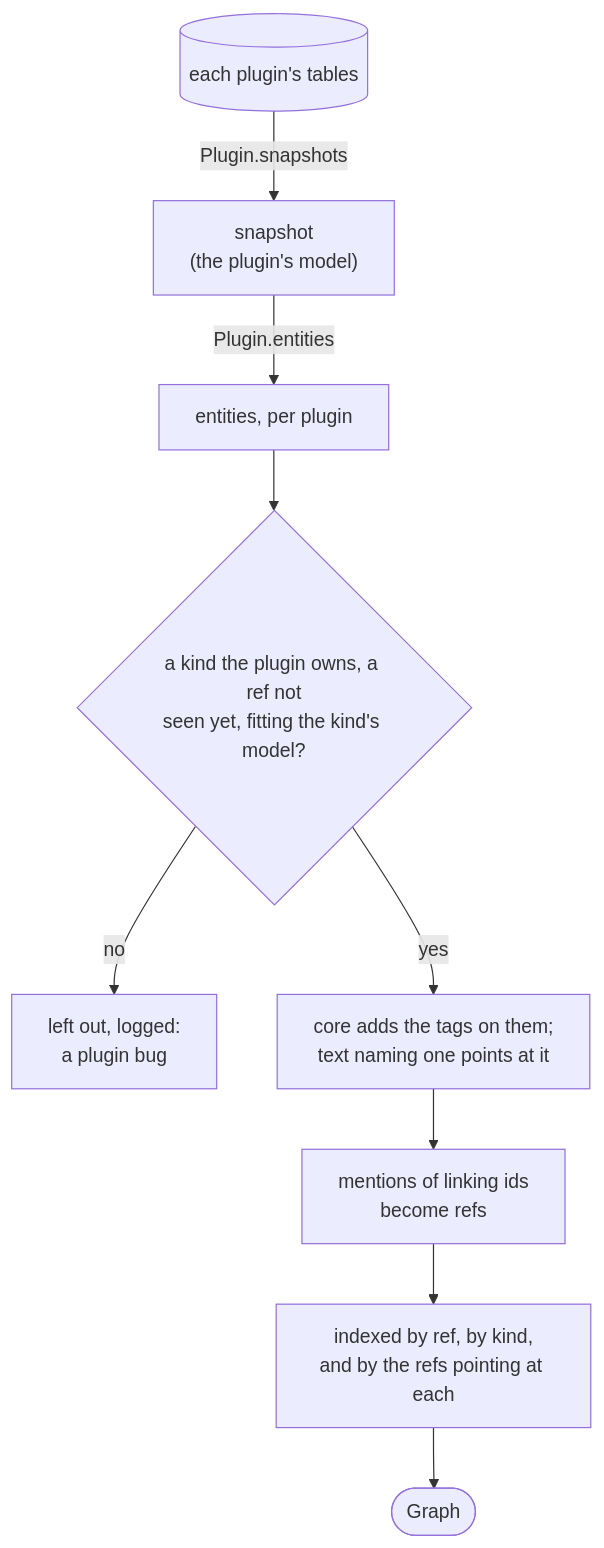
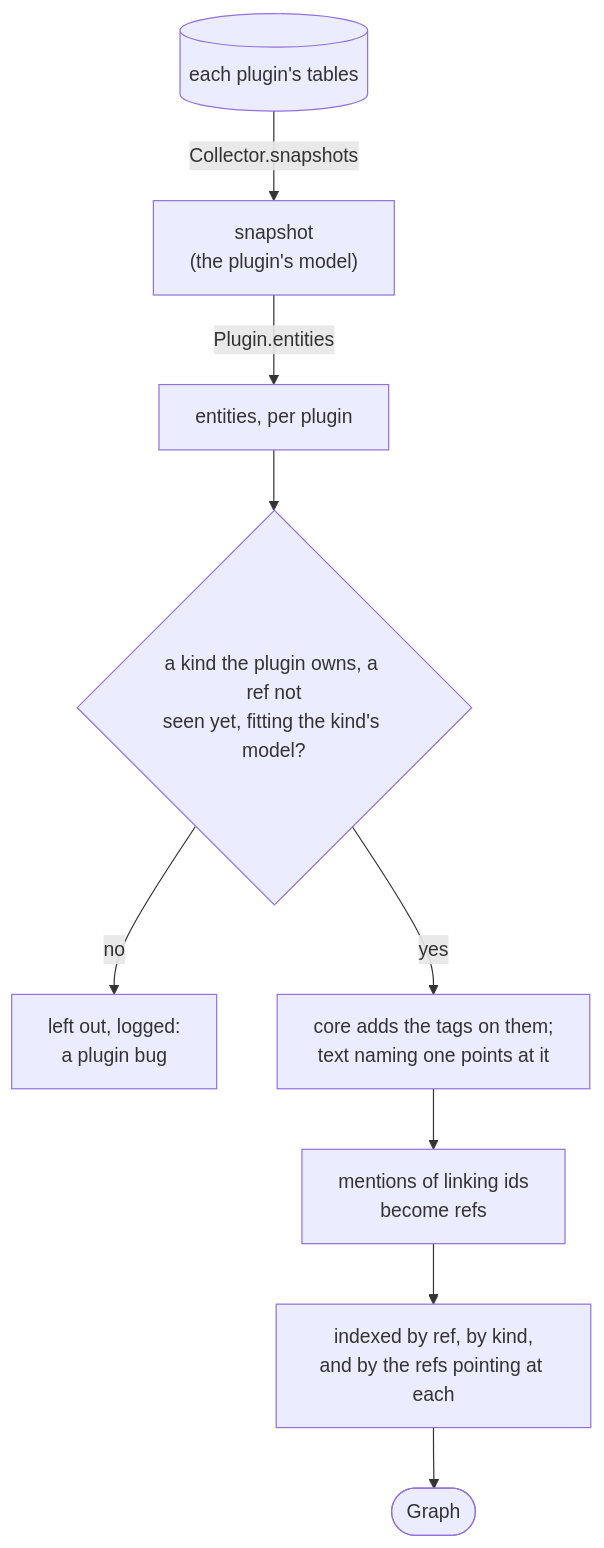
One commit to benekastah/move-forward changed the second of 4 diagrams in docs/graph.md. Above: the diagram before and after it, drawn with Mermaid. The commit also changed other lines of this file and 34 other files, not shown here.

````diff
--- a/docs/graph.md
+++ b/docs/graph.md
@@ -61,11 +61,11 @@
 ```mermaid
 flowchart TB
-    tables[("each plugin's tables")] -->|"Plugin.snapshots"| snapshot["snapshot<br/>(the plugin's model)"]
+    tables[("each plugin's tables")] -->|"Collector.snapshots"| snapshot["snapshot<br/>(the plugin's model)"]
     snapshot -->|"Plugin.entities"| published["entities, per plugin"]
     published --> check{"a kind the plugin owns, a ref not<br/>seen yet, fitting the kind's model?"}
     check -->|no| dropped["left out, logged:<br/>a plugin bug"]
     check -->|yes| tagged["core adds the tags on them;<br/>text naming one points at it"]
     tagged --> mentions["mentions of linking ids<br/>become refs"]
     mentions --> index["indexed by ref, by kind,<br/>and by the refs pointing at each"]
     index --> built(["Graph"])
 ```
````
